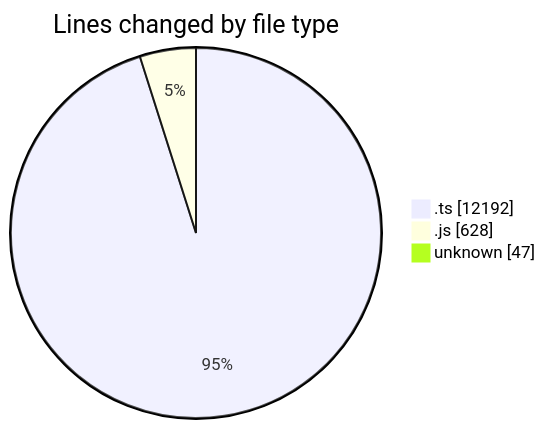
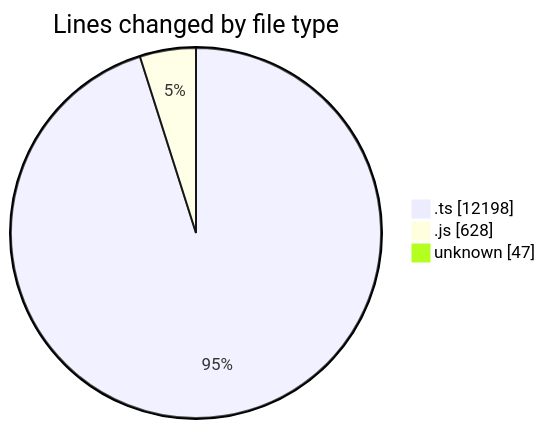
The first of 2 diagrams in 2025-09-05/cda/README.md (momahboobian/code-tracking), drawn with Mermaid before and after one commit. The commit also changed other lines of this file and 1 other file, not shown here.

````diff
--- a/2025-09-05/cda/README.md
+++ b/2025-09-05/cda/README.md
@@ -25,7 +25,7 @@
 ```mermaid
 pie showData
 title Lines changed by file type
-".ts" : 12192
+".ts" : 12198
 ".js" : 628
 "unknown" : 47
 ```
````
